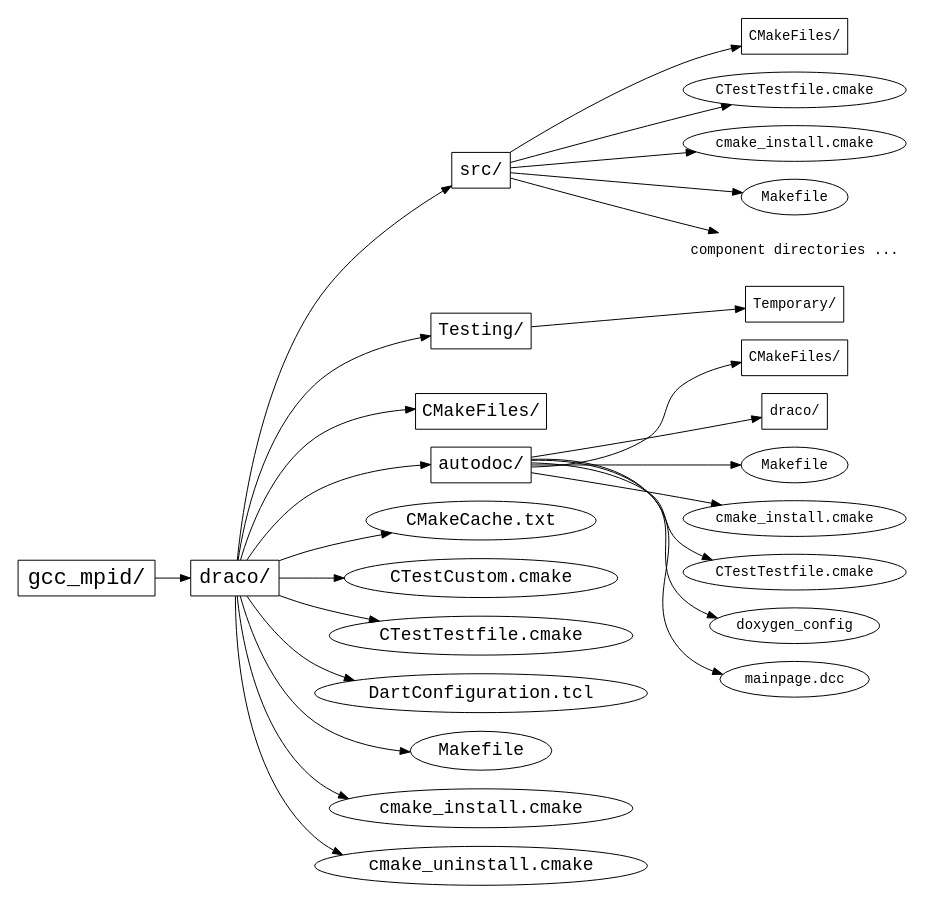
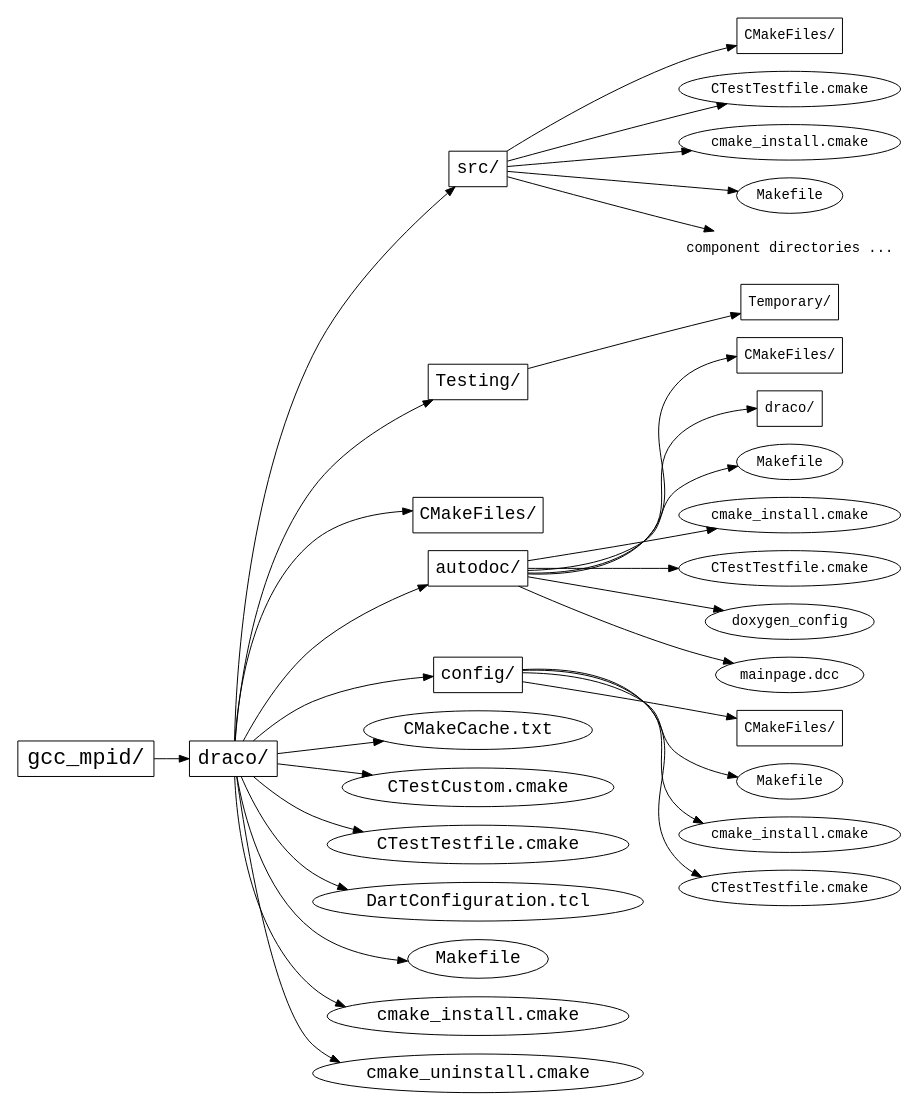
One commit to warsa/Draco changed the diagram in doc/build/fig/build_tree.dot. Above: the diagram before and after it, drawn with Graphviz. The commit also changed 5 other files, not shown here.

```diff
--- a/doc/build/fig/build_tree.dot
+++ b/doc/build/fig/build_tree.dot
@@ -1,89 +1,100 @@
 /* Time-stamp: <99/02/01 16:18:21 tme> */
 
 digraph build_tree {
   /* graph attributes */
     center=1;
     margin=".25,.25";
     size="6.5,9";
     rankdir=LR;
     
   /* main directories */
 
     node [fontname=Courier];
 
   /* .. level */
 
     gccmpid [label="gcc_mpid/", fontsize=22, shape=box];
     
   /* sgi_scalar level */
 
     draco   [label="draco/", fontsize=20, shape=box];
 /*    bin     [label="bin/", fontsize=20, shape=box]; */
 /*    include [label="include/", fontsize=20, shape=box]; */
 /*    lib     [label="lib/", fontsize=20, shape=box]; */
 /*    libexe  [label="libexec/", fontsize=20, shape=box]; */
 
   /* draco/ level */
     node [fontsize=18];
     {
       /* directories */
-	node   [shape=box];
-	src    [label="src/"];
+	node    [shape=box];
+	src     [label="src/"];
 	testing [label="Testing/"];
 	cmakefiles [label="CMakeFiles/"];
 	autodoc [label="autodoc/"];
+	config  [label="config/"];
 
       /* files */
 	node       [shape=ellipse];
 	draco_cach [label="CMakeCache.txt"];
 	draco_cust [label="CTestCustom.cmake"];
 	draco_ctest [label="CTestTestfile.cmake"];
 	draco_dart [label="DartConfiguration.tcl"];
 	draco_make [label="Makefile"];
 	draco_install [label="cmake_install.cmake"];
 	draco_uninstall [label="cmake_uninstall.cmake"];
     }
     
   /* draco/<dir> */
     node [fontsize=14];
     {
       /* src */
         node   [shape=box];
         src_cmfiles [label="CMakeFiles/"];
         
 	node    [shape=ellipse];
 	src_ctest   [label="CTestTestfile.cmake"];
 	src_install [label="cmake_install.cmake"];
 	src_m   [label="Makefile"];
 
 	src_files [label="component directories ...", shape=plaintext];
 
       /* autodoc */
         node   [shape=box];
         autodoc_cmfiles [label="CMakeFiles/"];
         autodoc_draco [label="draco/"];
         
 	node     [shape=ellipse];
 	autodoc_m  [label="Makefile"];
 	autodoc_install [label="cmake_install.cmake"];
 	autodoc_ctest [label="CTestTestfile.cmake"];
         autodoc_doxygen_config [label="doxygen_config"]
         autodoc_mainpage [label="mainpage.dcc"]
 
+      /* config */
+        node [shape=box];
+        config_cmfiles [label="CMakeFiles/"];
+        
+	node [shape=ellipse];
+	config_m [label="Makefile"];
+	config_install [label="cmake_install.cmake"];
+	config_ctest [label="CTestTestfile.cmake"];
+
       /* Testing */
         node   [shape=box]; 
         test_temp [label="Temporary/"]; 
 
     }
     
   /* tree */
 
     gccmpid -> {draco}; /*  include lib bin libexe}; */
-    draco -> {src autodoc testing cmakefiles
+    draco -> {src autodoc testing cmakefiles config
             draco_make draco_cach draco_cust draco_ctest draco_dart
             draco_install draco_uninstall};
     src -> {src_cmfiles src_m src_install src_ctest src_files};
     autodoc -> {autodoc_cmfiles autodoc_draco autodoc_m autodoc_install autodoc_ctest
             autodoc_doxygen_config autodoc_mainpage};
+    config -> { config_cmfiles config_m config_install config_ctest };
     testing -> {test_temp};
 }
```
